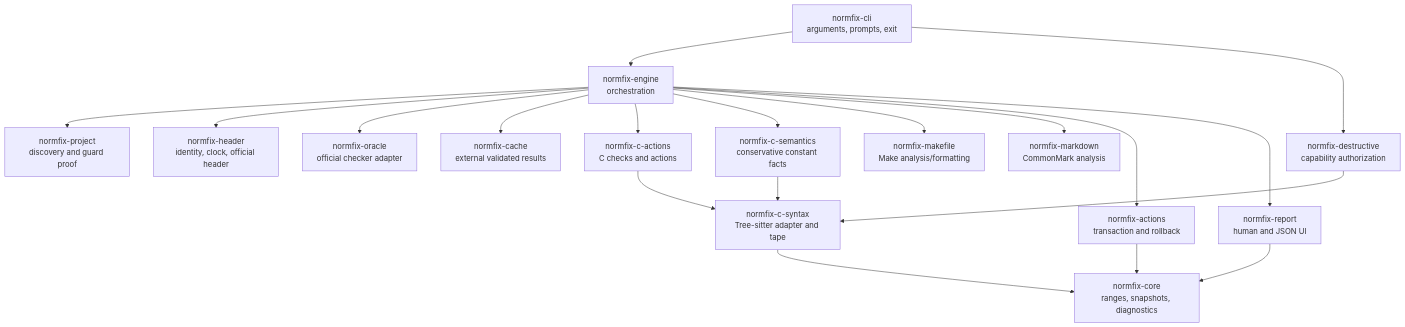
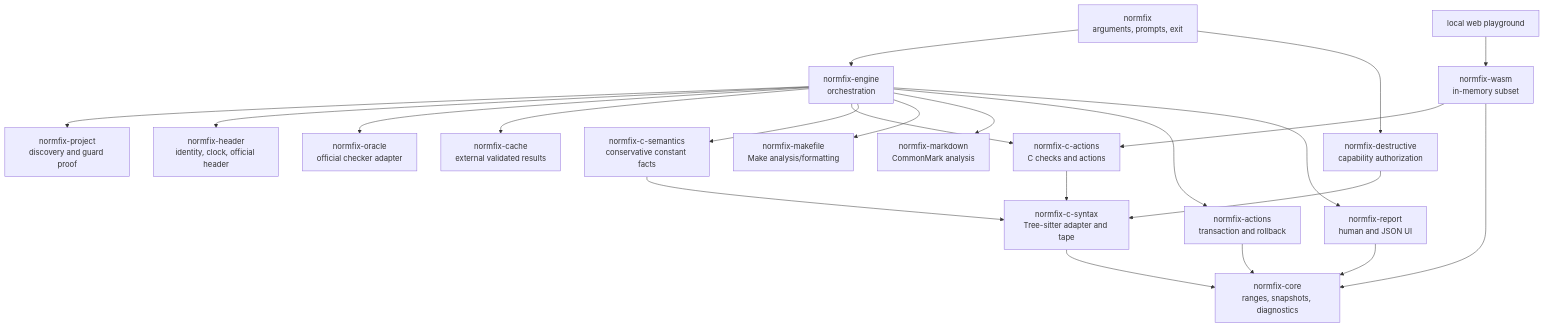
One commit to viniciusnevescosta/normfix changed the first of 2 diagrams in docs/ARCHITECTURE.md. Above: the diagram before and after it, drawn with Mermaid. The commit also changed other lines of this file and 3 other files, not shown here.

First line of the commit message:
docs: document the architecture, compatibility policy, and release process

````diff
--- a/docs/ARCHITECTURE.md
+++ b/docs/ARCHITECTURE.md
@@ -54,21 +60,24 @@
 ```mermaid
 flowchart TD
-    CLI["normfix-cli<br/>arguments, prompts, exit"] --> Engine["normfix-engine<br/>orchestration"]
+    CLI["normfix<br/>arguments, prompts, exit"] --> Engine["normfix-engine<br/>orchestration"]
     CLI --> Authorization["normfix-destructive<br/>capability authorization"]
     Engine --> Project["normfix-project<br/>discovery and guard proof"]
     Engine --> Header["normfix-header<br/>identity, clock, official header"]
     Engine --> Oracle["normfix-oracle<br/>official checker adapter"]
     Engine --> Cache["normfix-cache<br/>external validated results"]
     Engine --> CActions["normfix-c-actions<br/>C checks and actions"]
     Engine --> Semantics["normfix-c-semantics<br/>conservative constant facts"]
     Engine --> Make["normfix-makefile<br/>Make analysis/formatting"]
     Engine --> Markdown["normfix-markdown<br/>CommonMark analysis"]
     Engine --> Transaction["normfix-actions<br/>transaction and rollback"]
     Engine --> Report["normfix-report<br/>human and JSON UI"]
     CActions --> Syntax["normfix-c-syntax<br/>Tree-sitter adapter and tape"]
     Semantics --> Syntax
     Authorization --> Syntax
     Syntax --> Core["normfix-core<br/>ranges, snapshots, diagnostics"]
     Transaction --> Core
     Report --> Core
+    Web["local web playground"] --> WASM["normfix-wasm<br/>in-memory subset"]
+    WASM --> CActions
+    WASM --> Core
 ```
````
